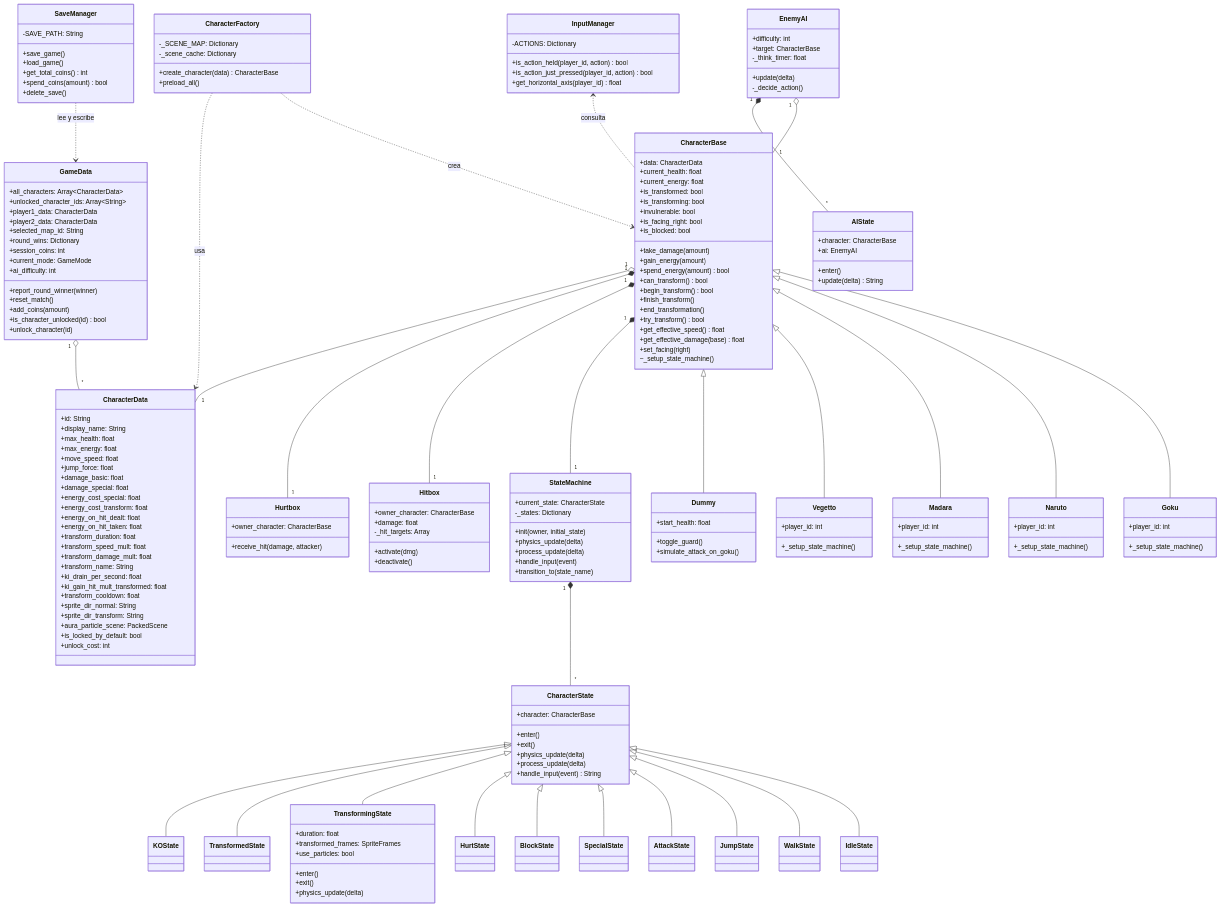
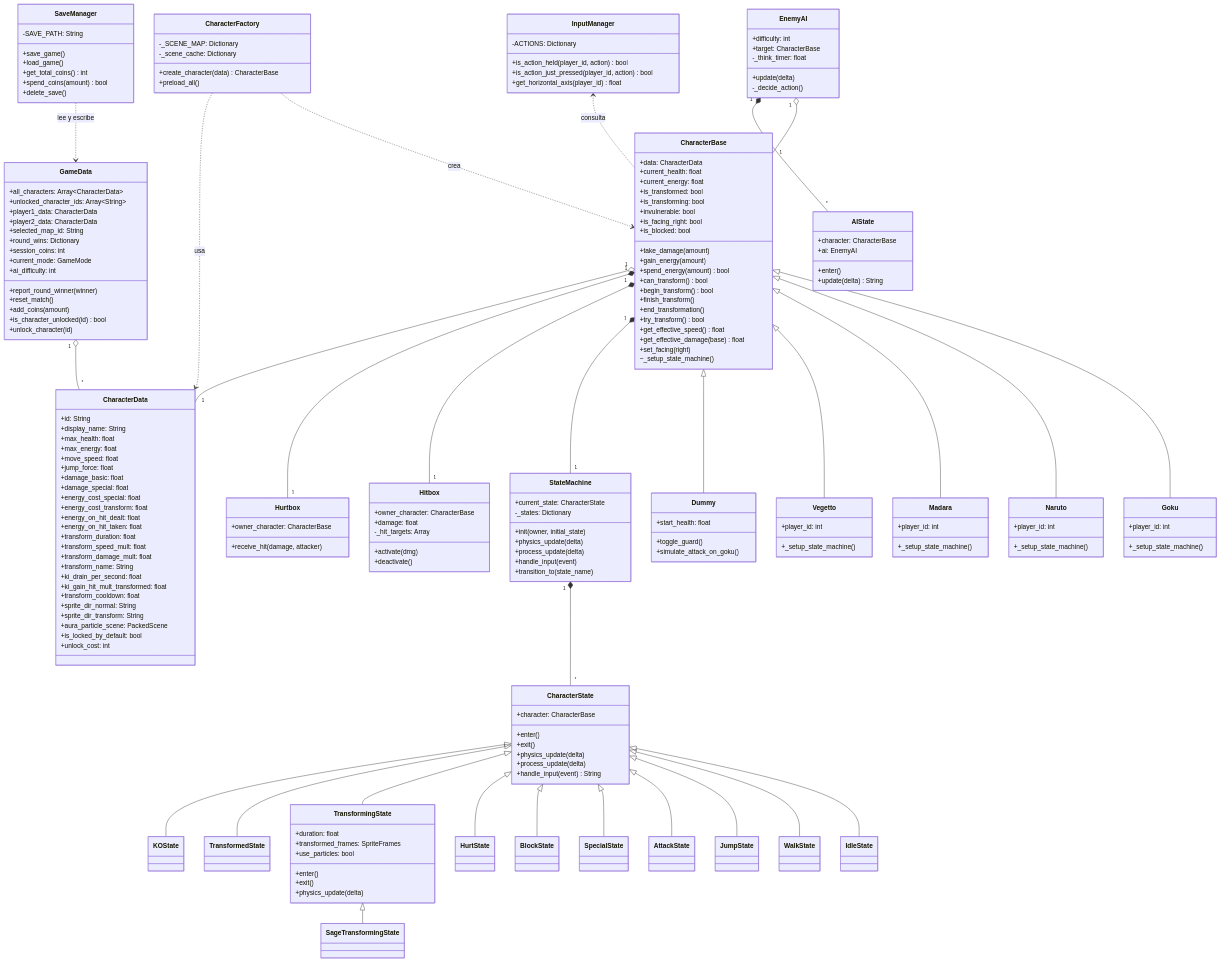
One commit to Santi234wa/Proyecto_juego_peleas changed the first of 3 diagrams in docs/diagrams.md. Above: the diagram before and after it, drawn with Mermaid. The commit also changed 9 other files, not shown here.

Commit message:
feat(combat): integrar animacion Modo Sabio (SageTransformingState) y resolver conflicto de tecla K con Dummy

```diff
--- a/docs/diagrams.md
+++ b/docs/diagrams.md
@@ -213,6 +213,7 @@
     CharacterState <|-- BlockState
     CharacterState <|-- HurtState
     CharacterState <|-- TransformingState
+    TransformingState <|-- SageTransformingState
     CharacterState <|-- TransformedState
     CharacterState <|-- KOState
 
```
